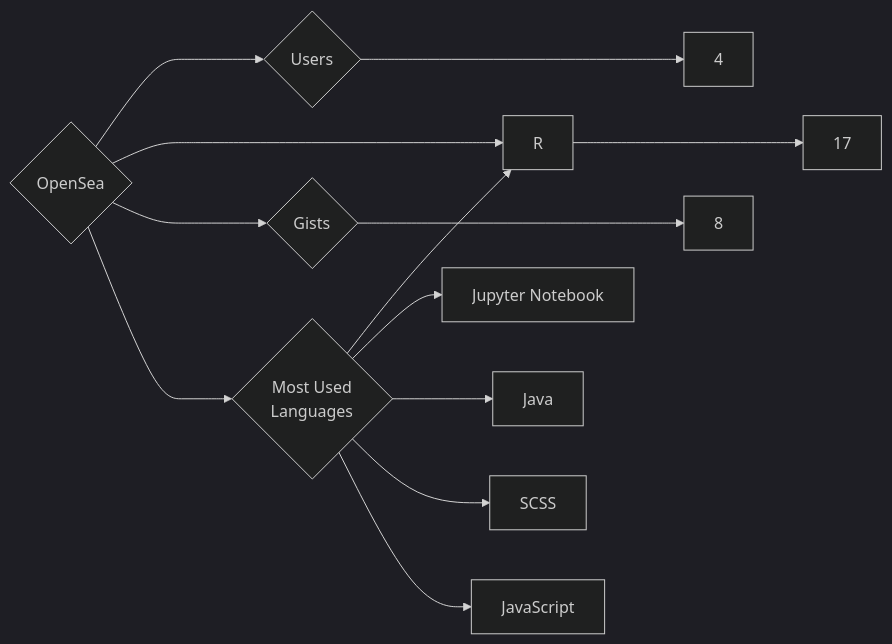
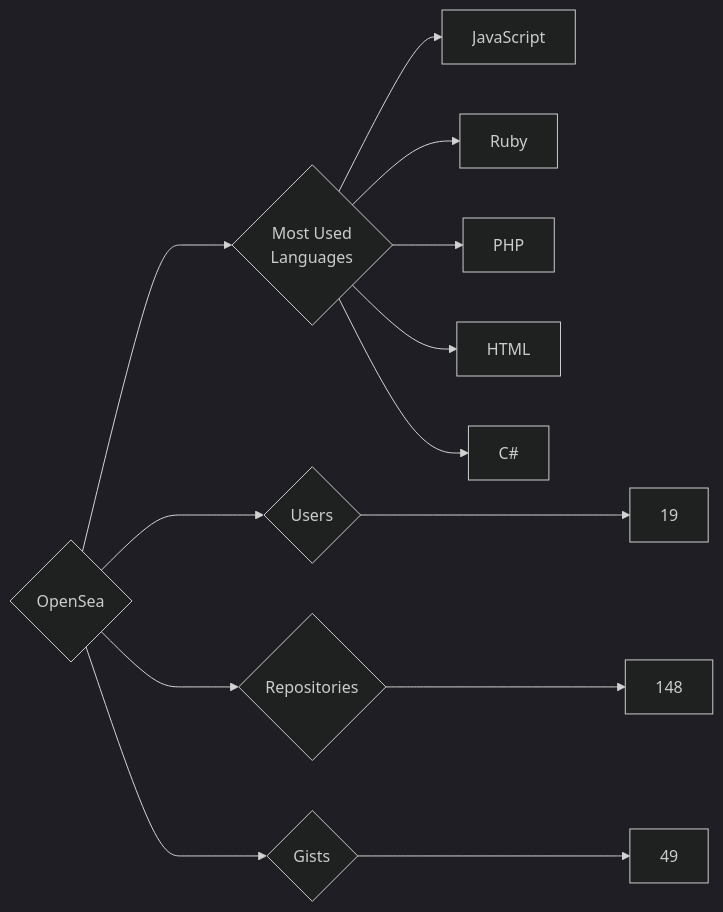
One commit to trickest/insiders changed the diagram in targets/OpenSea/README.md. Above: the diagram before and after it, drawn with Mermaid (dark theme). The commit also changed 748 other files, not shown here.

````diff
--- a/targets/OpenSea/README.md
+++ b/targets/OpenSea/README.md
@@ -3,13 +3,13 @@
 ```mermaid
 graph LR
 COMPANY_NAME{OpenSea}
-COMPANY_NAME ---> U{Users} ---> UN[4]
-COMPANY_NAME ---> R{Repositories} ---> RN[17]
-COMPANY_NAME ---> G{Gists} ---> GN[8]
+COMPANY_NAME ---> U{Users} ---> UN[19]
+COMPANY_NAME ---> R{Repositories} ---> RN[148]
+COMPANY_NAME ---> G{Gists} ---> GN[49]
 COMPANY_NAME ---> ML{Most Used<br>Languages}
-ML --> R[R]
-ML --> Jupyter_Notebook[Jupyter Notebook]
-ML --> Java[Java]
-ML --> SCSS[SCSS]
 ML --> JavaScript[JavaScript]
+ML --> Ruby[Ruby]
+ML --> PHP[PHP]
+ML --> HTML[HTML]
+ML --> C#[C#]
 ```
````
